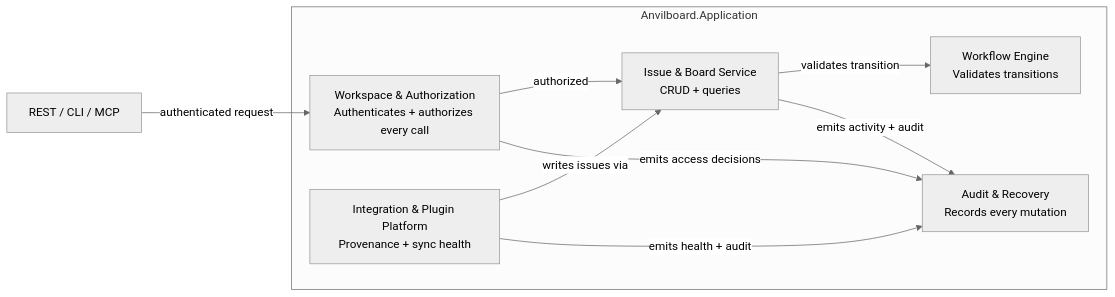
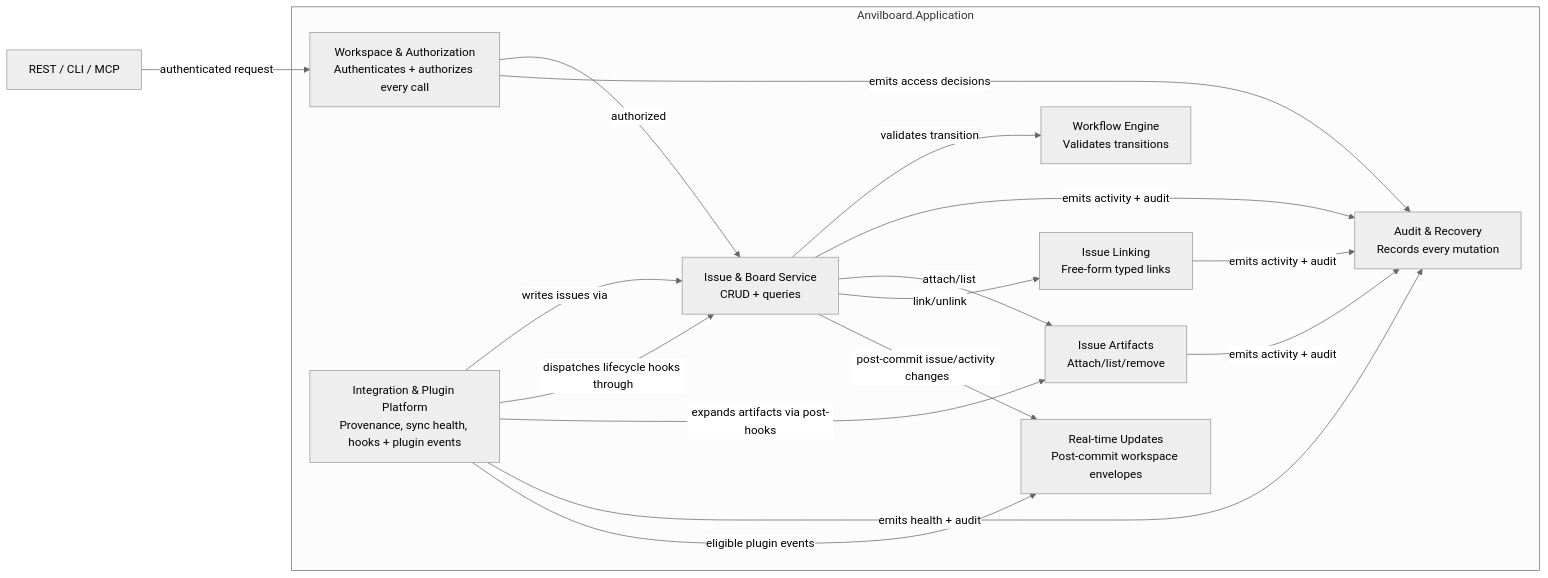
Before and after one commit to sommmen/Anvilboard: the fifth of 7 diagrams in docs/anvilboard/tech-design.md, drawn with Mermaid (neutral theme). The commit also changed other lines of this file and 9 other files, not shown here.

````diff
--- a/docs/anvilboard/tech-design.md
+++ b/docs/anvilboard/tech-design.md
@@ -398,18 +408,29 @@
 ```mermaid
 flowchart LR
     subgraph "Anvilboard.Application"
         WA["Workspace & Authorization<br/>Authenticates + authorizes every call"]
         WE["Workflow Engine<br/>Validates transitions"]
         IB["Issue & Board Service<br/>CRUD + queries"]
-        IP["Integration & Plugin Platform<br/>Provenance + sync health"]
+        AF["Issue Artifacts<br/>Attach/list/remove"]
+        LK["Issue Linking<br/>Free-form typed links"]
+        IP["Integration & Plugin Platform<br/>Provenance, sync health, hooks + plugin events"]
+        RT["Real-time Updates<br/>Post-commit workspace envelopes"]
         AR["Audit & Recovery<br/>Records every mutation"]
     end
 
     Channels["REST / CLI / MCP"] -->|"authenticated request"| WA
     WA -->|"authorized"| IB
     IB -->|"validates transition"| WE
     IB -->|"emits activity + audit"| AR
+    IB -->|"attach/list"| AF
+    IB -->|"link/unlink"| LK
+    AF -->|"emits activity + audit"| AR
+    LK -->|"emits activity + audit"| AR
     IP -->|"writes issues via"| IB
+    IP -->|"dispatches lifecycle hooks through"| IB
+    IP -->|"expands artifacts via post-hooks"| AF
     IP -->|"emits health + audit"| AR
     WA -->|"emits access decisions"| AR
+    IB -->|"post-commit issue/activity changes"| RT
+    IP -->|"eligible plugin events"| RT
 ```
````
